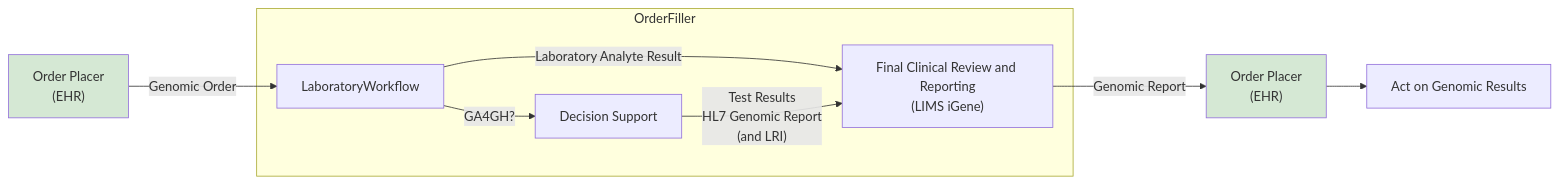
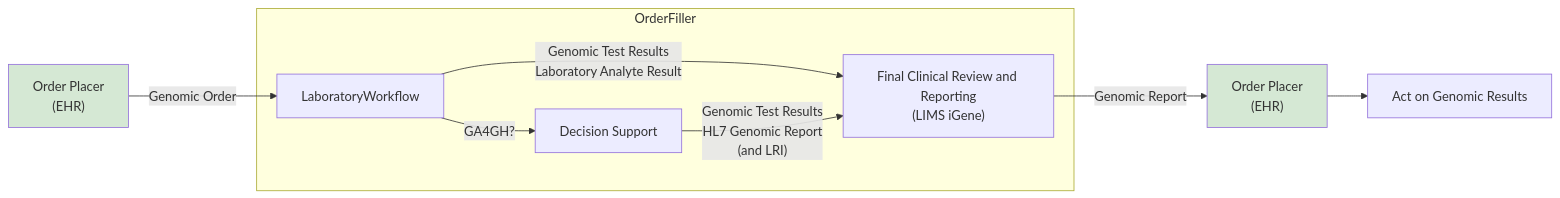
One commit to nw-gmsa/nw-gmsa.github.com changed the first of 2 diagrams in input/pagecontent/index.md. Above: the diagram before and after it, drawn with Mermaid.

Commit message:
Overview process model

````diff
--- a/input/pagecontent/index.md
+++ b/input/pagecontent/index.md
@@ -7,24 +7,24 @@
 ```mermaid
 graph LR
 
 placerS["Order Placer<br/>(EHR)"]
 
 subgraph OrderFiller 
   LaboratoryWorkflow
   CDS[Decision Support]
   report["Final Clinical Review and Reporting<br/>(LIMS iGene)"]
-  LaboratoryWorkflow --> |Laboratory Analyte Result| report
+  LaboratoryWorkflow --> |Genomic Test Results<br/>Laboratory Analyte Result| report
   LaboratoryWorkflow --> |GA4GH?| CDS  
-  CDS --> |"Test Results<br/>HL7 Genomic Report<br/>(and LRI)"| report
+  CDS --> |"Genomic Test Results<br/>HL7 Genomic Report<br/>(and LRI)"| report
 end
 placer["Order Placer<br/>(EHR)"]
 
 placerS --> |Genomic Order| LaboratoryWorkflow
 
 report --> |Genomic Report| placer  
 
 placer -->  Act[Act on Genomic Results]
 
   classDef green fill:#D5E8D4;
   class placer,placerS green
 ```
````
